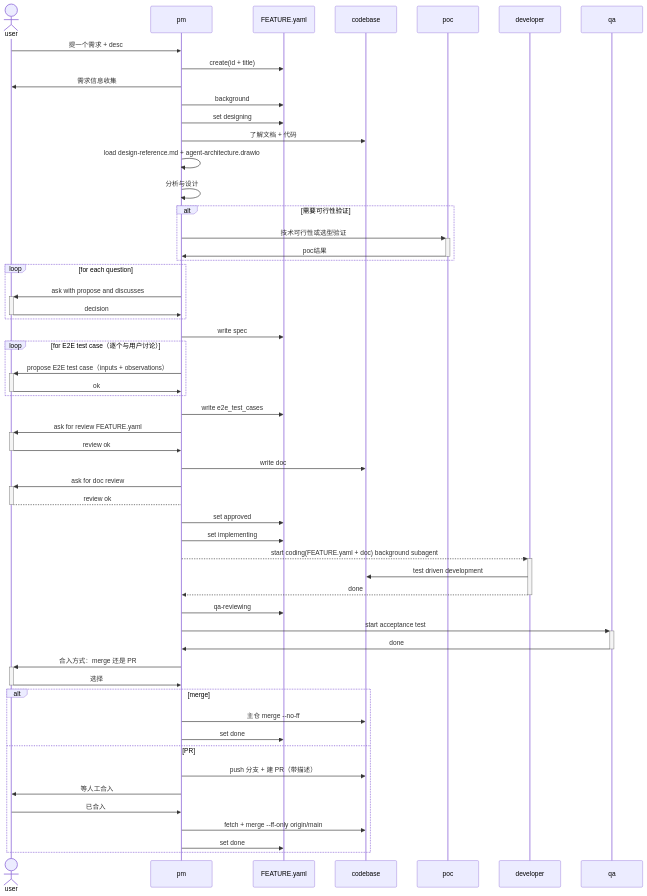
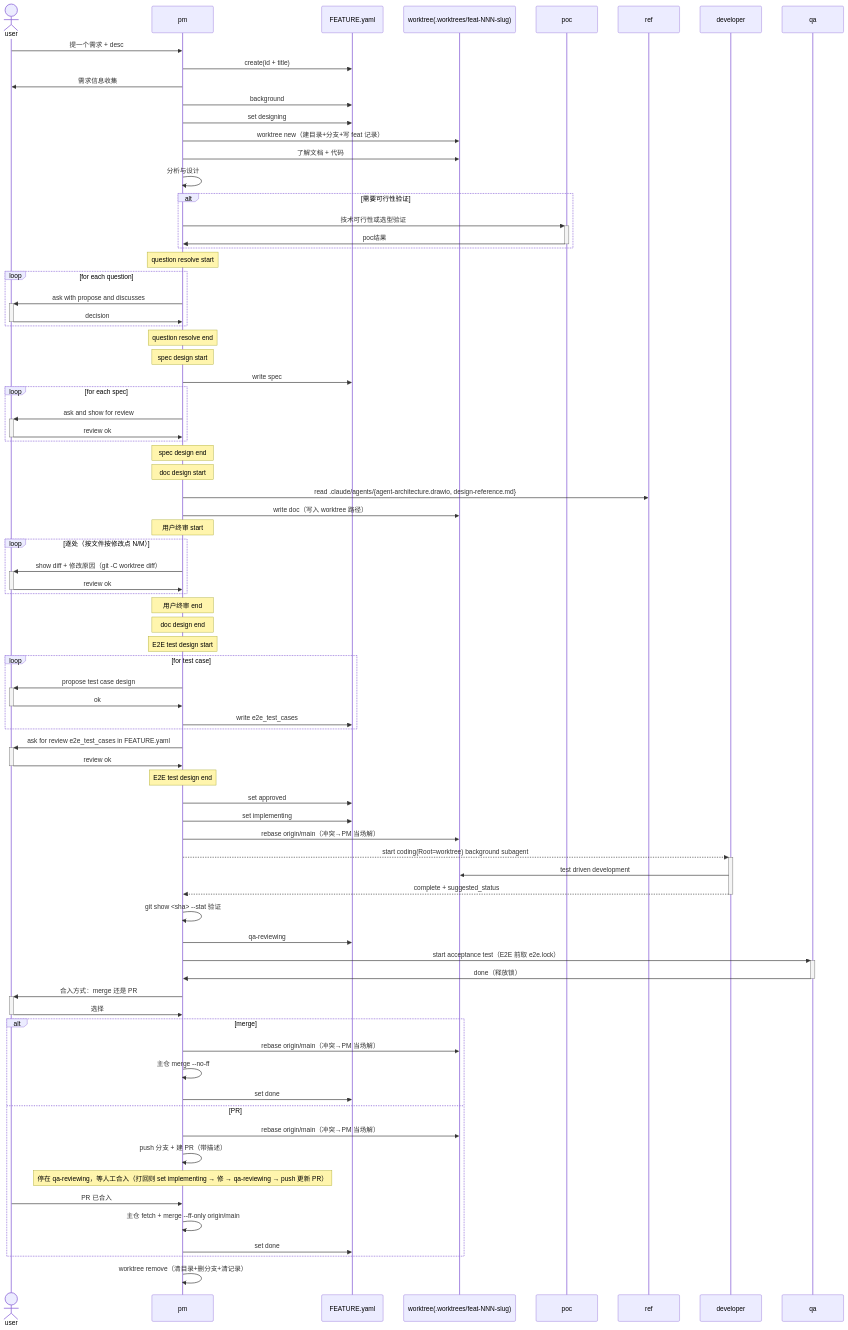
The diagram in system-prompt/agent-factory/agent_factory/doc/feature.md (JoeyAssistant/skill-repo), drawn with Mermaid before and after one commit.

Commit message:
docs(agent-factory): feature.md 的 workflow 与 agent-pm.md 统一
feature.md 的 ## workflow 换成与 agent-pm.md §Feature Workflow 逐字相同的 mermaid：
- 修正 help（feature --help 读 feature.md）与 PM 提示词的顺序分歧 —— spec → doc → E2E（原 help 里 doc 在 E2E 之后）
- 同步 worktree 步骤、doc 终审 loop、rebase、e2e.lock、worktree remove 等

agent-pm.md 作为基准保持不变。

````diff
--- a/system-prompt/agent-factory/agent_factory/doc/feature.md
+++ b/system-prompt/agent-factory/agent_factory/doc/feature.md
@@ -32,56 +32,85 @@
     actor user
     user->>pm: 提一个需求 + desc
     participant feat as FEATURE.yaml
-    participant code as codebase
+    participant wt as worktree(.worktrees/feat-NNN-slug)
 
     pm->>feat: create(id + title)
     pm->>user: 需求信息收集
     pm->>feat: background
+
     pm->>feat: set designing
-    pm->>code: 了解文档 + 代码
-    pm->>pm: load design-reference.md + agent-architecture.drawio
+    pm->>wt: worktree new（建目录+分支+写 feat 记录）
+    pm->>wt: 了解文档 + 代码
     pm->>pm: 分析与设计
     alt 需要可行性验证
         pm->>+poc: 技术可行性或选型验证
         poc->>-pm: poc结果
     end
+
+    Note over pm: question resolve start
     loop for each question
         pm->>+user: ask with propose and discusses
         user->>-pm: decision
     end
+    Note over pm: question resolve end
+
+    Note over pm: spec design start
     pm->>feat: write spec
-    loop for E2E test case（逐个与用户讨论）
-        pm->>+user: propose E2E test case（inputs + observations）
+    loop for each spec
+        pm->>+user: ask and show for review
+        user->>-pm: review ok
+    end
+    Note over pm: spec design end
+
+    Note over pm: doc design start
+    pm->>ref: read .claude/agents/{agent-architecture.drawio, design-reference.md}
+    pm->>wt: write doc（写入 worktree 路径）
+
+    Note over pm: 用户终审 start
+    loop 逐处（按文件按修改点 N/M）
+        pm->>+user: show diff + 修改原因（git -C worktree diff）
+        user->>-pm: review ok
+    end
+    Note over pm: 用户终审 end
+    Note over pm: doc design end
+
+    Note over pm: E2E test design start
+    loop for test case
+        pm->>+user: propose test case design
         user->>-pm: ok
+        pm->>feat: write e2e_test_cases
     end
-    pm->>feat: write e2e_test_cases
+    
+    pm->>+user: ask for review e2e_test_cases in FEATURE.yaml
+    user->>-pm: review ok
+    Note over pm: E2E test design end
+
+    pm->>feat: set approved
     participant dev as developer
-    pm->>+user: ask for review FEATURE.yaml
-    user->>-pm: review ok
+    pm->>feat: set implementing
+    pm->>wt: rebase origin/main（冲突→PM 当场解）
+    pm-->>+dev: start coding(Root=worktree) background subagent
+    dev->>wt: test driven development
+    dev-->>-pm: complete + suggested_status
 
-    pm->>code: write doc
-    pm->>+user: ask for doc review
-    user-->-pm: review ok
-    pm->>feat: set approved
+    pm->>pm: git show <sha> --stat 验证
+    pm->>feat: qa-reviewing
+    pm->>+qa: start acceptance test（E2E 前取 e2e.lock）
+    qa->>-pm: done（释放锁）
 
-    pm->>feat: set implementing
-    pm-->>+dev: start coding(FEATURE.yaml + doc) background subagent
-    dev->>code: test driven development
-    dev-->>-pm: done
-
-    pm->>feat: qa-reviewing
-    pm->>+qa: start acceptance test
-    qa->>-pm: done
     pm->>+user: 合入方式：merge 还是 PR
     user->>-pm: 选择
     alt merge
-        pm->>code: 主仓 merge --no-ff
+        pm->>wt: rebase origin/main（冲突→PM 当场解）
+        pm->>pm: 主仓 merge --no-ff
         pm->>feat: set done
     else PR
-        pm->>code: push 分支 + 建 PR（带描述）
-        pm->>user: 等人工合入
-        user->>pm: 已合入
-        pm->>code: fetch + merge --ff-only origin/main
+        pm->>wt: rebase origin/main（冲突→PM 当场解）
+        pm->>pm: push 分支 + 建 PR（带描述）
+        Note over pm: 停在 qa-reviewing，等人工合入（打回则 set implementing → 修 → qa-reviewing → push 更新 PR）
+        user->>pm: PR 已合入
+        pm->>pm: 主仓 fetch + merge --ff-only origin/main
         pm->>feat: set done
     end
+    pm->>pm: worktree remove（清目录+删分支+清记录）
 ```
````
